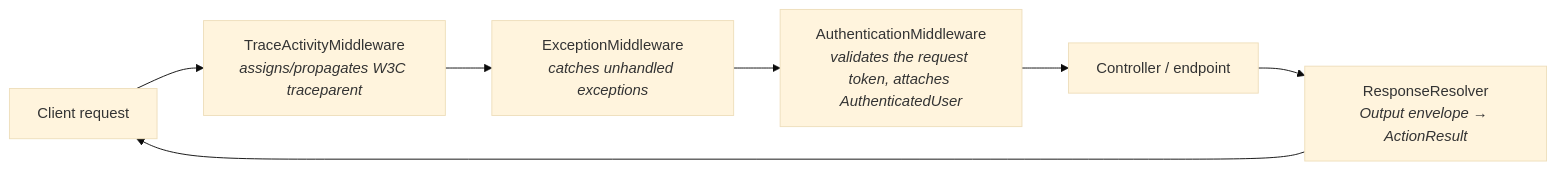
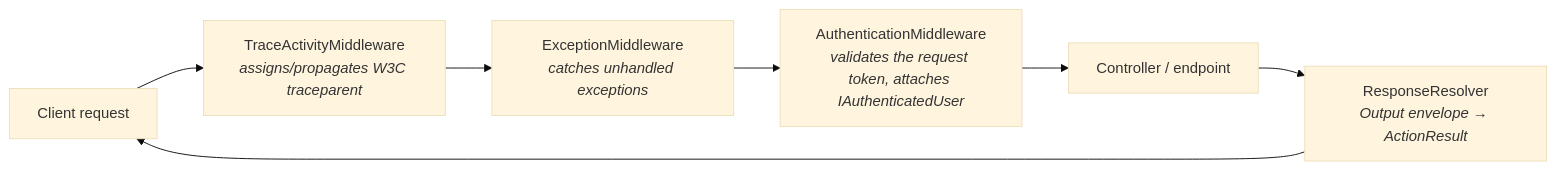
Before and after one commit to artur-rios/dotnet-webapi-util: the diagram in docs/content/_index.md, drawn with Mermaid (base theme). The commit also changed other lines of this file and 4 other files, not shown here.

````diff
--- a/docs/content/_index.md
+++ b/docs/content/_index.md
@@ -19,9 +19,9 @@
 ```mermaid
 flowchart LR
     Client["Client request"] --> Trace["TraceActivityMiddleware<br/><i>assigns/propagates W3C traceparent</i>"]
     Trace --> Exception["ExceptionMiddleware<br/><i>catches unhandled exceptions</i>"]
-    Exception --> Auth["AuthenticationMiddleware<br/><i>validates the request token, attaches AuthenticatedUser</i>"]
+    Exception --> Auth["AuthenticationMiddleware<br/><i>validates the request token, attaches IAuthenticatedUser</i>"]
     Auth --> Endpoint["Controller / endpoint"]
     Endpoint --> Resolver["ResponseResolver<br/><i>Output envelope → ActionResult</i>"]
     Resolver --> Client
 ```
````
